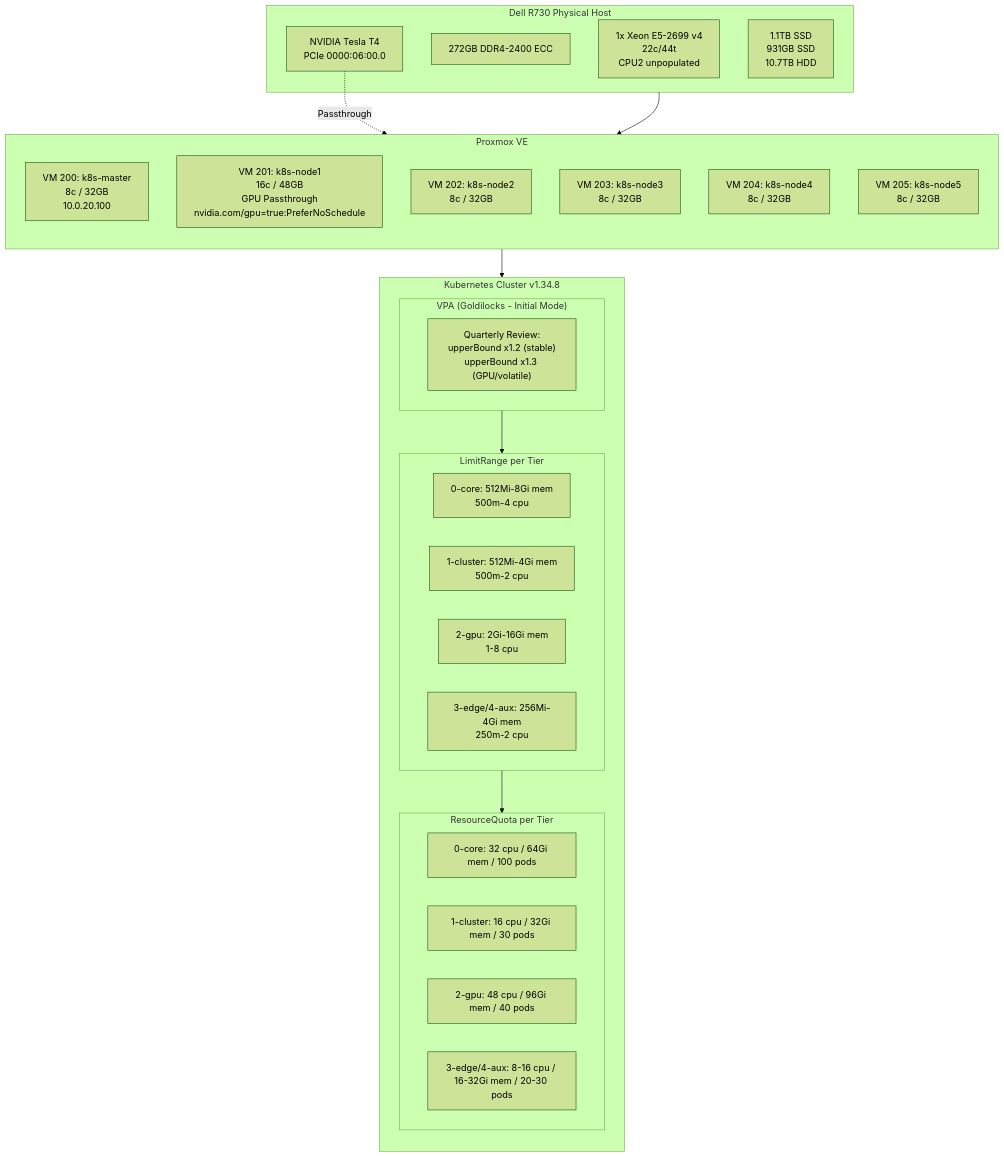
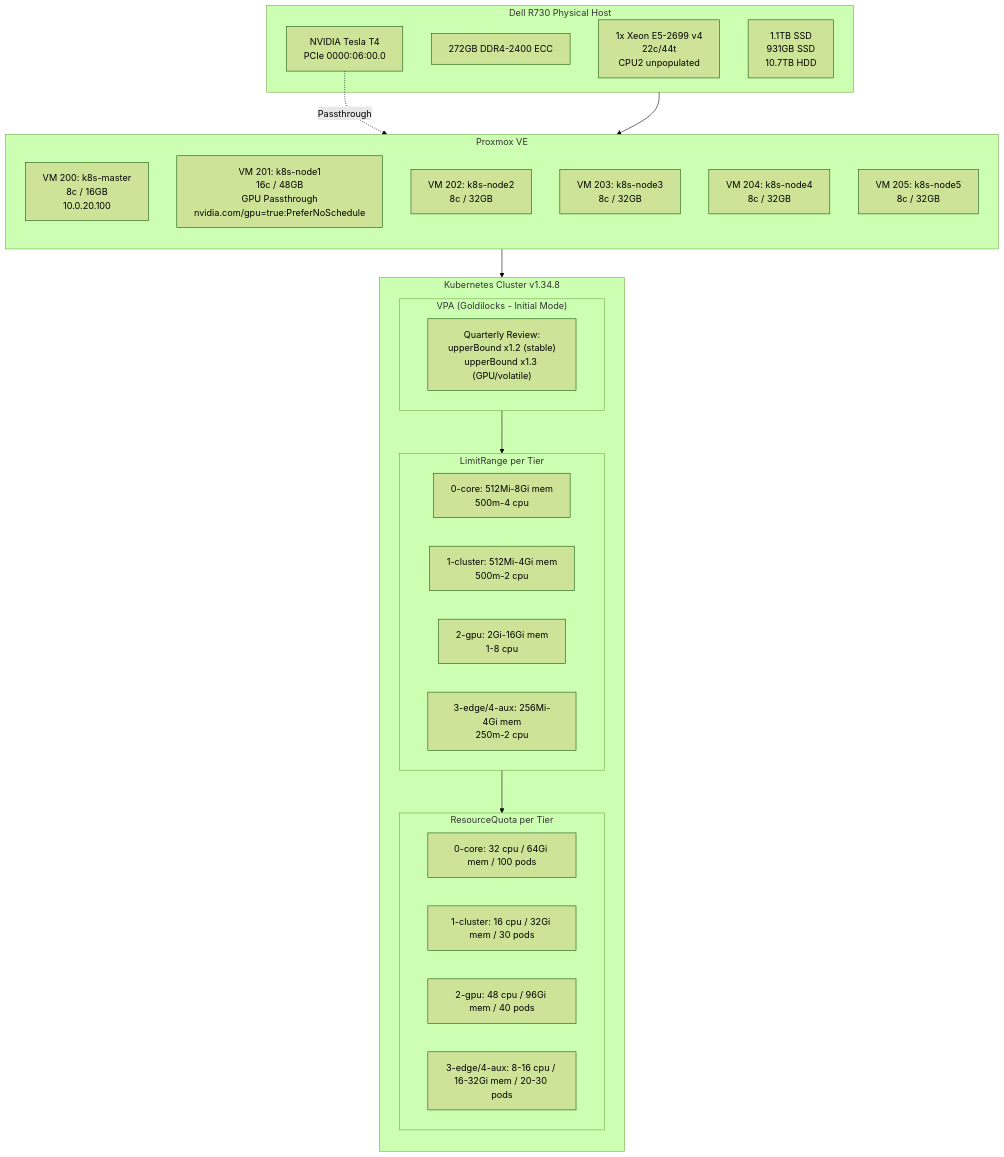
Before and after one commit to ViktorBarzin/infra: the diagram in docs/architecture/compute.md, drawn with Mermaid (forest theme). The commit also changed other lines of this file and 5 other files, not shown here.

````diff
--- a/docs/architecture/compute.md
+++ b/docs/architecture/compute.md
@@ -9,47 +9,47 @@
 ```mermaid
 graph TB
     subgraph Physical["Dell R730 Physical Host"]
         CPU["1x Xeon E5-2699 v4<br/>22c/44t<br/>CPU2 unpopulated"]
         RAM["272GB DDR4-2400 ECC"]
         GPU["NVIDIA Tesla T4<br/>PCIe 0000:06:00.0"]
         DISK["1.1TB SSD<br/>931GB SSD<br/>10.7TB HDD"]
     end
 
     subgraph Proxmox["Proxmox VE"]
         direction TB
-        MASTER["VM 200: k8s-master<br/>8c / 32GB<br/>10.0.20.100"]
+        MASTER["VM 200: k8s-master<br/>8c / 16GB<br/>10.0.20.100"]
         NODE1["VM 201: k8s-node1<br/>16c / 48GB<br/>GPU Passthrough<br/>nvidia.com/gpu=true:PreferNoSchedule"]
         NODE2["VM 202: k8s-node2<br/>8c / 32GB"]
         NODE3["VM 203: k8s-node3<br/>8c / 32GB"]
         NODE4["VM 204: k8s-node4<br/>8c / 32GB"]
         NODE5["VM 205: k8s-node5<br/>8c / 32GB"]
     end
 
     subgraph K8s["Kubernetes Cluster v1.34.8"]
         direction TB
 
         subgraph VPA["VPA (Goldilocks - Initial Mode)"]
             RECOMMEND["Quarterly Review:<br/>upperBound x1.2 (stable)<br/>upperBound x1.3 (GPU/volatile)"]
         end
 
         subgraph LimitRange["LimitRange per Tier"]
             TIER0_LR["0-core: 512Mi-8Gi mem<br/>500m-4 cpu"]
             TIER1_LR["1-cluster: 512Mi-4Gi mem<br/>500m-2 cpu"]
             TIER2_LR["2-gpu: 2Gi-16Gi mem<br/>1-8 cpu"]
             TIER34_LR["3-edge/4-aux: 256Mi-4Gi mem<br/>250m-2 cpu"]
         end
 
         subgraph ResourceQuota["ResourceQuota per Tier"]
             TIER0_RQ["0-core: 32 cpu / 64Gi mem / 100 pods"]
             TIER1_RQ["1-cluster: 16 cpu / 32Gi mem / 30 pods"]
             TIER2_RQ["2-gpu: 48 cpu / 96Gi mem / 40 pods"]
             TIER34_RQ["3-edge/4-aux: 8-16 cpu / 16-32Gi mem / 20-30 pods"]
         end
     end
 
     Physical --> Proxmox
     GPU -.->|Passthrough| NODE1
     Proxmox --> K8s
     VPA --> LimitRange
     LimitRange --> ResourceQuota
 ```
````
